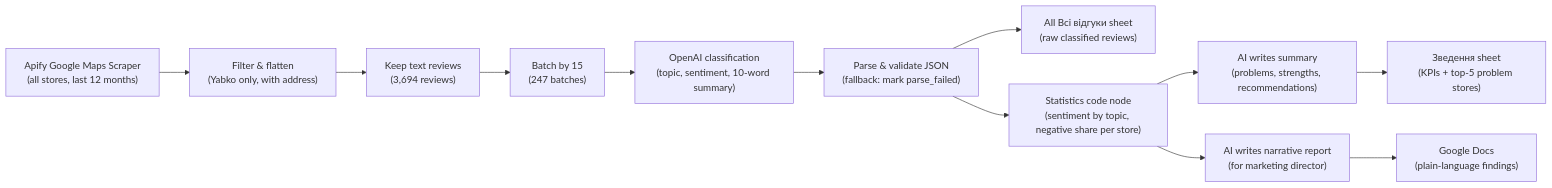
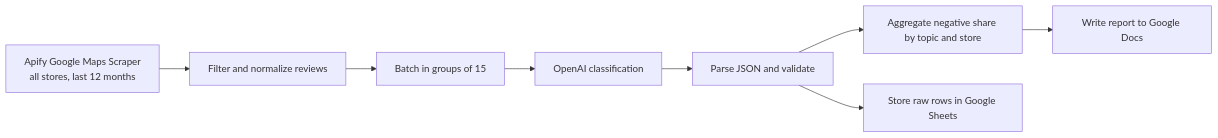
The diagram in projects/yabko-google-maps-review-intelligence/README.md (RimmaMaevaL/portfolio), drawn with Mermaid before and after one commit. The commit also changed other lines of this file, not shown here.

Commit message:
Update the Yabko review project README to match the portfolio structure

````diff
--- a/projects/yabko-google-maps-review-intelligence/README.md
+++ b/projects/yabko-google-maps-review-intelligence/README.md
@@ -18,16 +22,11 @@
 ```mermaid
 flowchart LR
-    A["Apify Google Maps Scraper<br/>(all stores, last 12 months)"] --> B["Filter & flatten<br/>(Yabko only, with address)"]
-    B --> C["Keep text reviews<br/>(3,694 reviews)"]
-    C --> D["Batch by 15<br/>(247 batches)"]
-    D --> E["OpenAI classification<br/>(topic, sentiment, 10-word summary)"]
-    E --> F["Parse & validate JSON<br/>(fallback: mark parse_failed)"]
-    F --> G["All Всі відгуки sheet<br/>(raw classified reviews)"]
-    
-    F --> H["Statistics code node<br/>(sentiment by topic, negative share per store)"]
-    H --> I["AI writes summary<br/>(problems, strengths, recommendations)"]
-    I --> J["Зведення sheet<br/>(KPIs + top-5 problem stores)"]
-    
-    H --> K["AI writes narrative report<br/>(for marketing director)"]
-    K --> L["Google Docs<br/>(plain-language findings)"]
+    A[Apify Google Maps Scraper
+    all stores, last 12 months] --> B[Filter and normalize reviews]
+    B --> C[Batch in groups of 15]
+    C --> D[OpenAI classification]
+    D --> E[Parse JSON and validate]
+    E --> F[Aggregate negative share by topic and store]
+    F --> G[Write report to Google Docs]
+    E --> H[Store raw rows in Google Sheets]
 ```
````
